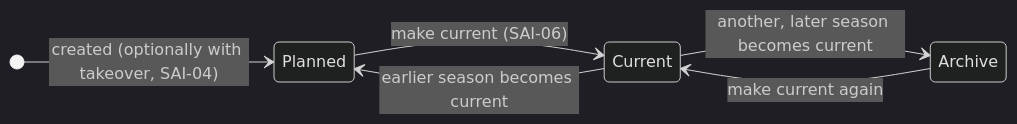
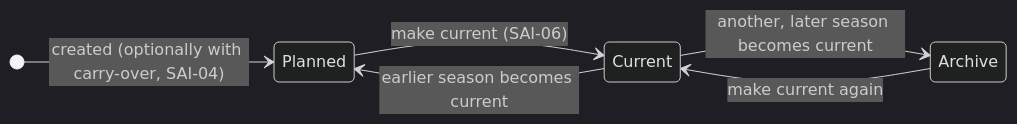
One commit to cyrilleulmi/StvBeroPlatform changed the eighth of 13 diagrams in docs/states.md. Above: the diagram before and after it, drawn with Mermaid (dark theme). The commit also changed other lines of this file and 6 other files, not shown here.

````diff
--- a/docs/states.md
+++ b/docs/states.md
@@ -200,9 +200,9 @@
 ```mermaid
 stateDiagram-v2
     direction LR
-    [*] --> Planned: created (optionally with takeover, SAI-04)
+    [*] --> Planned: created (optionally with carry-over, SAI-04)
     Planned --> Current: make current (SAI-06)
     Current --> Archive: another, later season becomes current
     Archive --> Current: make current again
     Current --> Planned: earlier season becomes current
 ```
````
